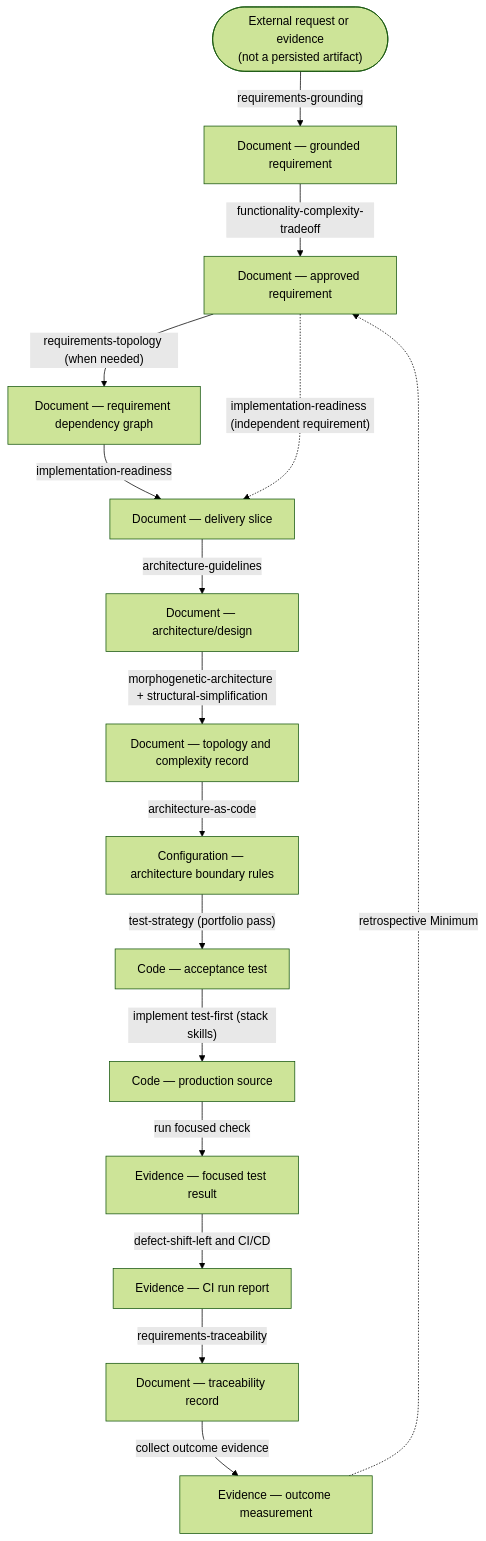
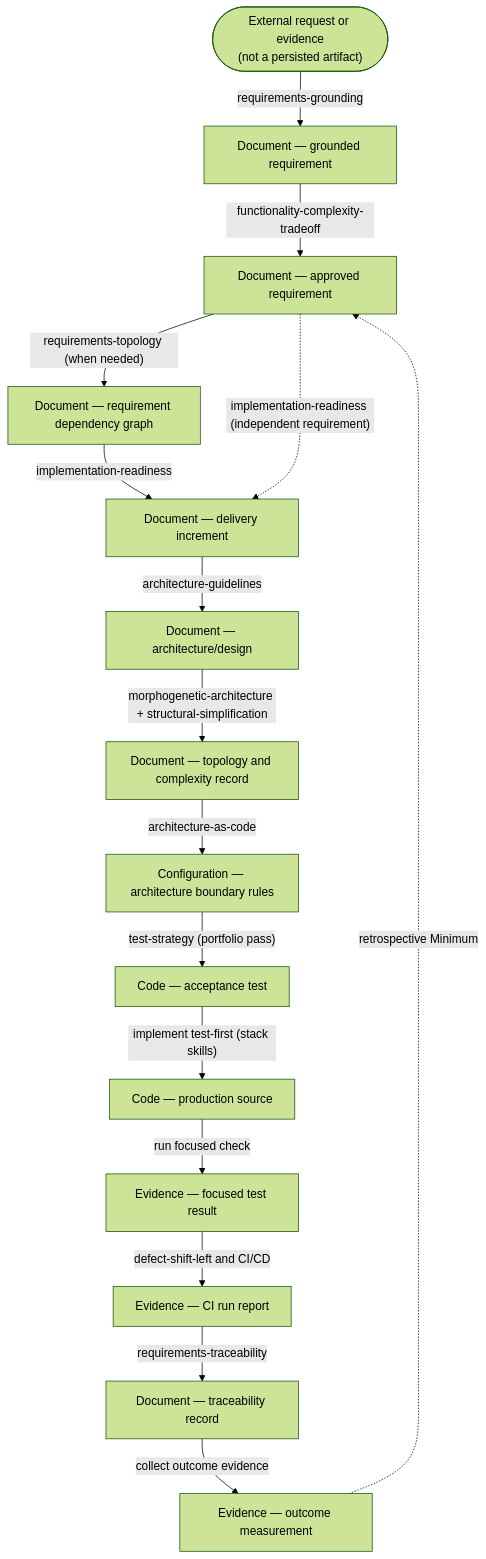
Before and after one commit to l-gevity/l-gevity-skills: the first of 3 diagrams in README.md, drawn with Mermaid (forest theme). The commit also changed other lines of this file and 83 other files, not shown here.

````diff
--- a/README.md
+++ b/README.md
@@ -119,40 +119,40 @@
 ```mermaid
 flowchart TD
     Input(["External request or evidence<br/>(not a persisted artifact)"])
 
     Req0["Document — grounded requirement"]
     Req1["Document — approved requirement"]
     Graph["Document — requirement dependency graph"]
-    Slice["Document — delivery slice"]
+    Increment["Document — delivery increment"]
 
     Design["Document — architecture/design"]
     Topology["Document — topology and complexity record"]
     Rules["Configuration — architecture boundary rules"]
 
     Test["Code — acceptance test"]
     Source["Code — production source"]
     TestRun["Evidence — focused test result"]
     CIRun["Evidence — CI run report"]
     Trace["Document — traceability record"]
     Outcome["Evidence — outcome measurement"]
 
     Input -->|"requirements-grounding"| Req0
     Req0 -->|"functionality-complexity-tradeoff"| Req1
     Req1 -->|"requirements-topology (when needed)"| Graph
-    Graph -->|"implementation-readiness"| Slice
-    Req1 -.->|"implementation-readiness (independent requirement)"| Slice
+    Graph -->|"implementation-readiness"| Increment
+    Req1 -.->|"implementation-readiness (independent requirement)"| Increment
 
-    Slice -->|"architecture-guidelines"| Design
+    Increment -->|"architecture-guidelines"| Design
     Design -->|"morphogenetic-architecture + structural-simplification"| Topology
     Topology -->|"architecture-as-code"| Rules
 
     Rules -->|"test-strategy (portfolio pass)"| Test
     Test -->|"implement test-first (stack skills)"| Source
     Source -->|"run focused check"| TestRun
 
     TestRun -->|"defect-shift-left and CI/CD"| CIRun
     CIRun -->|"requirements-traceability"| Trace
     Trace -->|"collect outcome evidence"| Outcome
 
     Outcome -.->|"retrospective Minimum"| Req1
 ```
````
